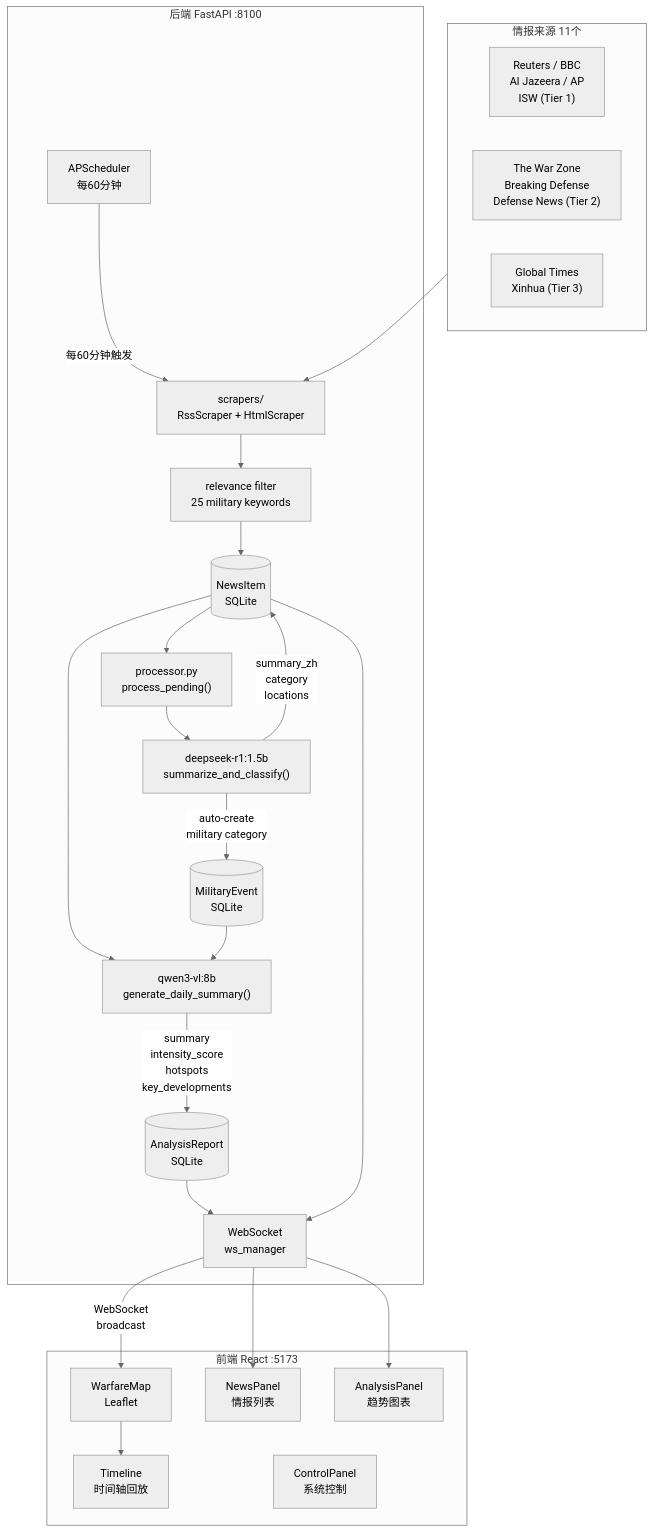
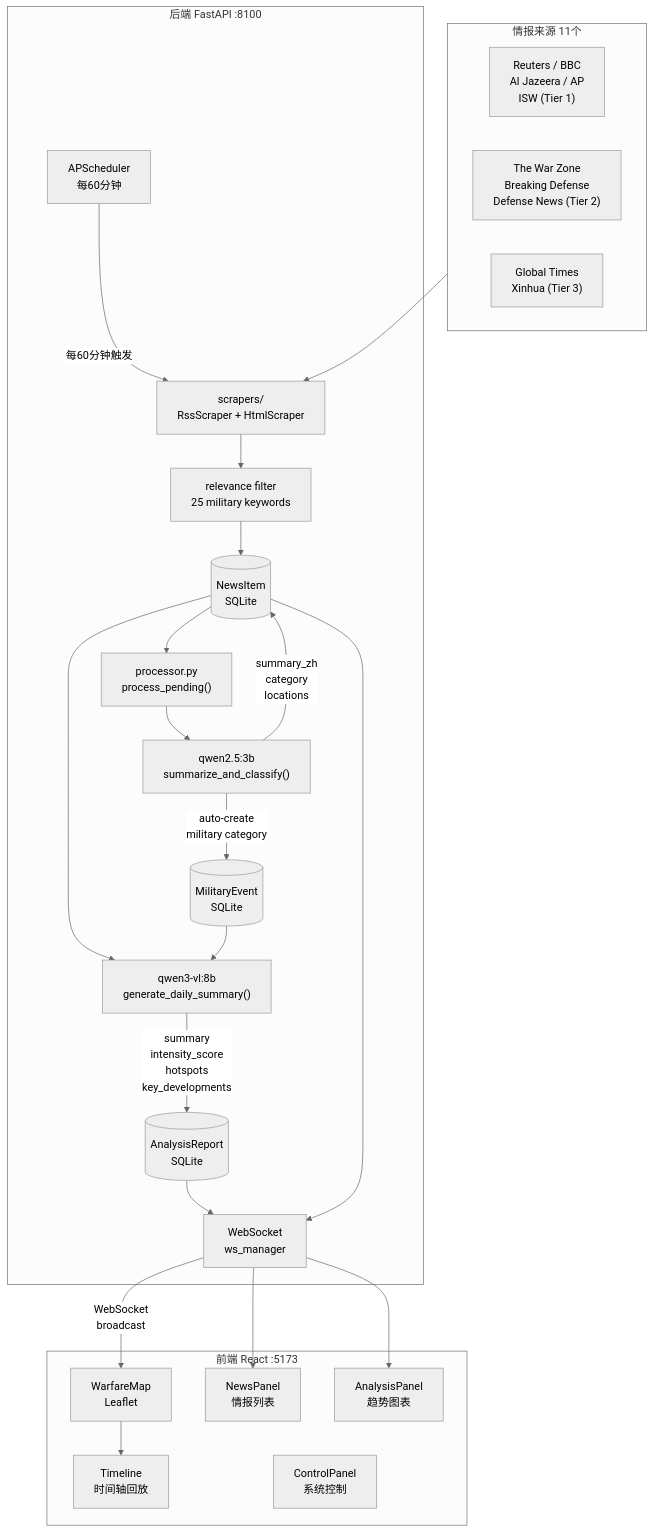
One commit to TigerYY/Boshi2026 changed the first of 2 diagrams in docs/BOSHI_SYSTEM_DOCS.md. Above: the diagram before and after it, drawn with Mermaid (neutral theme). The commit also changed other lines of this file and 12 other files, not shown here.

Commit message:
chore: optimize ollama concurrency via dual semaphores and 30m keep_alive, replace deepseek with qwen2.5, add scraper anti-bot jitter/ua

````diff
--- a/docs/BOSHI_SYSTEM_DOCS.md
+++ b/docs/BOSHI_SYSTEM_DOCS.md
@@ -66,47 +66,47 @@
 ```mermaid
 flowchart TD
     subgraph sources [情报来源 11个]
         S1["Reuters / BBC\nAl Jazeera / AP\nISW (Tier 1)"]
         S2["The War Zone\nBreaking Defense\nDefense News (Tier 2)"]
         S3["Global Times\nXinhua (Tier 3)"]
     end
 
     subgraph backend [后端 FastAPI :8100]
         SCRAPER["scrapers/\nRssScraper + HtmlScraper"]
         FILTER["relevance filter\n25 military keywords"]
         DB_NEWS[("NewsItem\nSQLite")]
         PROC["processor.py\nprocess_pending()"]
-        FAST["deepseek-r1:1.5b\nsummarize_and_classify()"]
+        FAST["qwen2.5:3b\nsummarize_and_classify()"]
         ANALYSIS["qwen3-vl:8b\ngenerate_daily_summary()"]
         DB_REPORT[("AnalysisReport\nSQLite")]
         DB_EVENTS[("MilitaryEvent\nSQLite")]
         SCHED["APScheduler\n每60分钟"]
         WS["WebSocket\nws_manager"]
     end
 
     subgraph frontend [前端 React :5173]
         MAP["WarfareMap\nLeaflet"]
         NEWS["NewsPanel\n情报列表"]
         ANALYSIS_P["AnalysisPanel\n趋势图表"]
         TIMELINE["Timeline\n时间轴回放"]
         CTRL["ControlPanel\n系统控制"]
     end
 
     sources --> SCRAPER
     SCRAPER --> FILTER
     FILTER --> DB_NEWS
     SCHED -->|"每60分钟触发"| SCRAPER
     DB_NEWS --> PROC
     PROC --> FAST
     FAST -->|"summary_zh\ncategory\nlocations"| DB_NEWS
     FAST -->|"auto-create\nmilitary category"| DB_EVENTS
     DB_NEWS --> ANALYSIS
     DB_EVENTS --> ANALYSIS
     ANALYSIS -->|"summary\nintensity_score\nhotspots\nkey_developments"| DB_REPORT
     DB_REPORT --> WS
     DB_NEWS --> WS
     WS -->|"WebSocket\nbroadcast"| MAP
     WS --> NEWS
     WS --> ANALYSIS_P
     MAP --> TIMELINE
 ```
````
